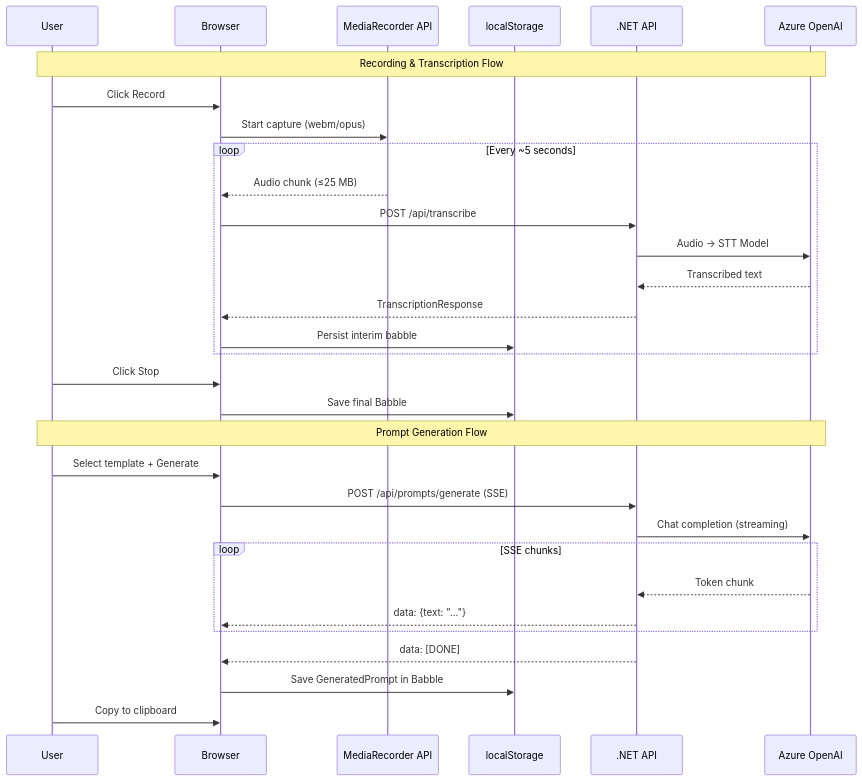
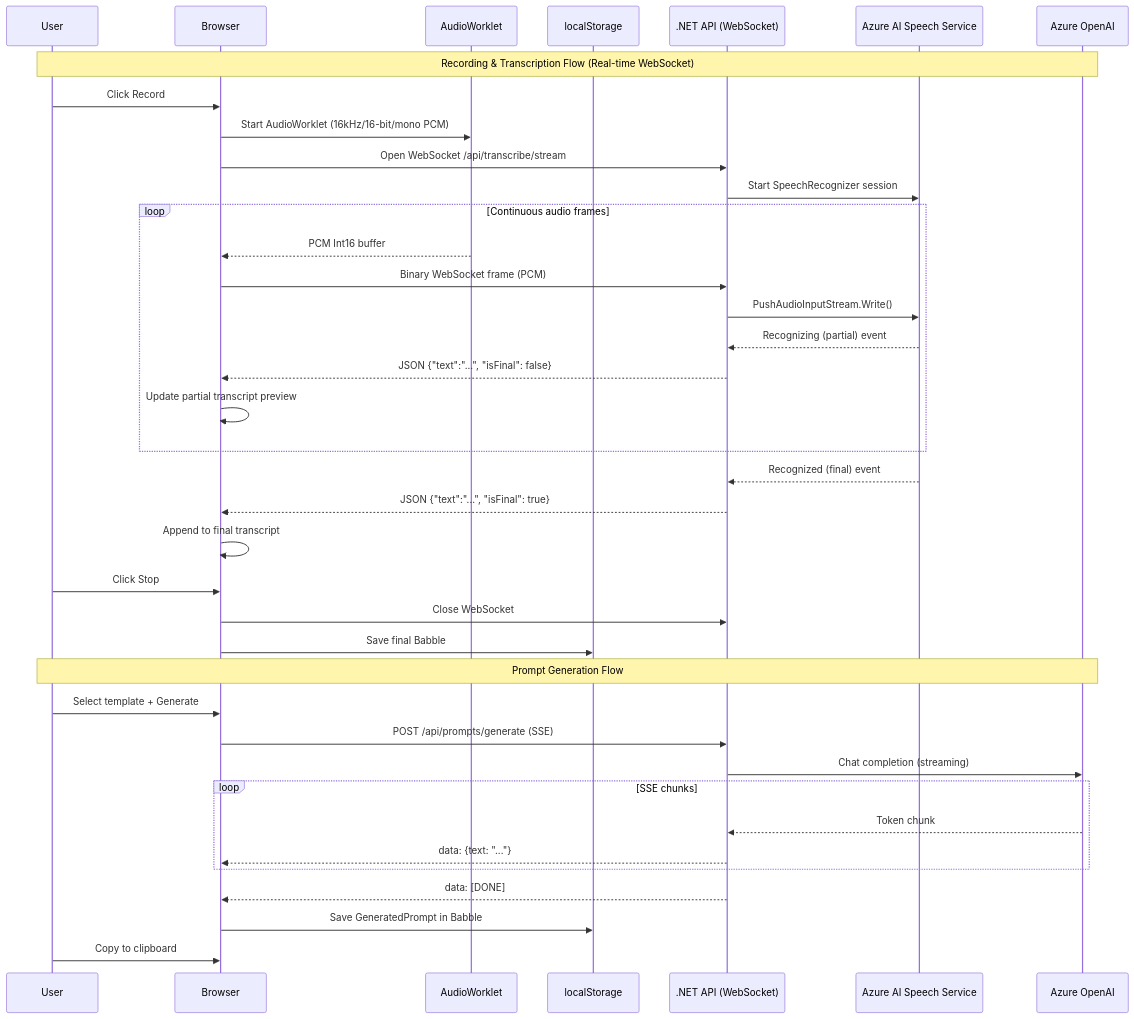
Before and after one commit to PlagueHO/prompt-babbler: the second of 3 diagrams in specs/001-babble-web-app/architecture.md, drawn with Mermaid. The commit also changed other lines of this file and 52 other files, not shown here.

First line of the commit message:
CHANGE: Add WebSocket transcription service and processor

````diff
--- a/specs/001-babble-web-app/architecture.md
+++ b/specs/001-babble-web-app/architecture.md
@@ -130,35 +132,42 @@
 ```mermaid
 sequenceDiagram
     participant U as User
     participant B as Browser
-    participant MR as MediaRecorder API
+    participant AW as AudioWorklet
     participant LS as localStorage
-    participant API as .NET API
+    participant API as .NET API (WebSocket)
+    participant SPEECH as Azure AI Speech Service
     participant AOAI as Azure OpenAI
 
-    Note over U,AOAI: Recording & Transcription Flow
+    Note over U,AOAI: Recording & Transcription Flow (Real-time WebSocket)
     U->>B: Click Record
-    B->>MR: Start capture (webm/opus)
-    loop Every ~5 seconds
-        MR-->>B: Audio chunk (≤25 MB)
-        B->>API: POST /api/transcribe
-        API->>AOAI: Audio → STT Model
-        AOAI-->>API: Transcribed text
-        API-->>B: TranscriptionResponse
-        B->>LS: Persist interim babble
+    B->>AW: Start AudioWorklet (16kHz/16-bit/mono PCM)
+    B->>API: Open WebSocket /api/transcribe/stream
+    API->>SPEECH: Start SpeechRecognizer session
+    loop Continuous audio frames
+        AW-->>B: PCM Int16 buffer
+        B->>API: Binary WebSocket frame (PCM)
+        API->>SPEECH: PushAudioInputStream.Write()
+        SPEECH-->>API: Recognizing (partial) event
+        API-->>B: JSON {"text":"...", "isFinal": false}
+        B->>B: Update partial transcript preview
     end
+    SPEECH-->>API: Recognized (final) event
+    API-->>B: JSON {"text":"...", "isFinal": true}
+    B->>B: Append to final transcript
     U->>B: Click Stop
+    B->>API: Close WebSocket
     B->>LS: Save final Babble
 
     Note over U,AOAI: Prompt Generation Flow
     U->>B: Select template + Generate
     B->>API: POST /api/prompts/generate (SSE)
     API->>AOAI: Chat completion (streaming)
     loop SSE chunks
         AOAI-->>API: Token chunk
         API-->>B: data: {text: "..."}
     end
     API-->>B: data: [DONE]
     B->>LS: Save GeneratedPrompt in Babble
     U->>B: Copy to clipboard
 ```
````
